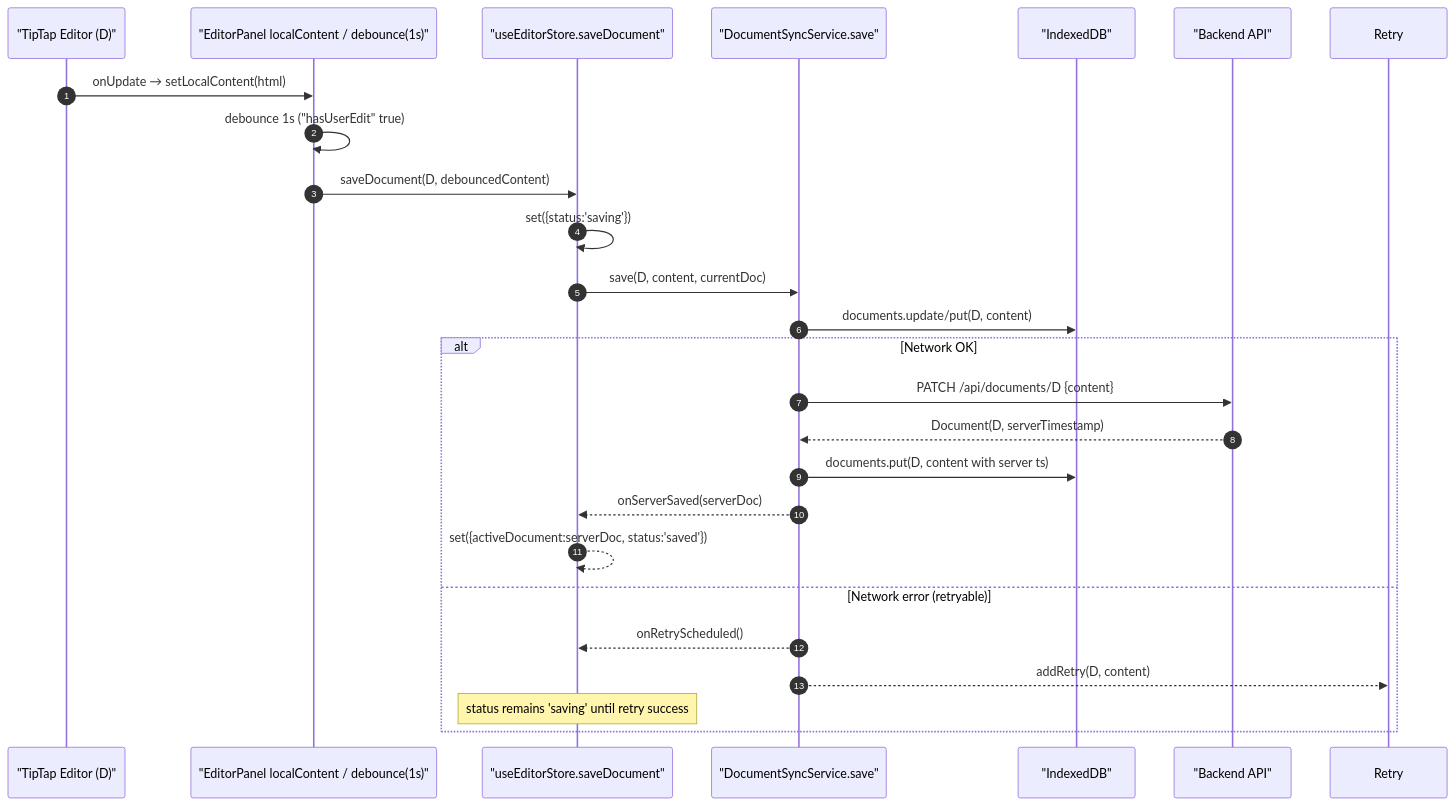
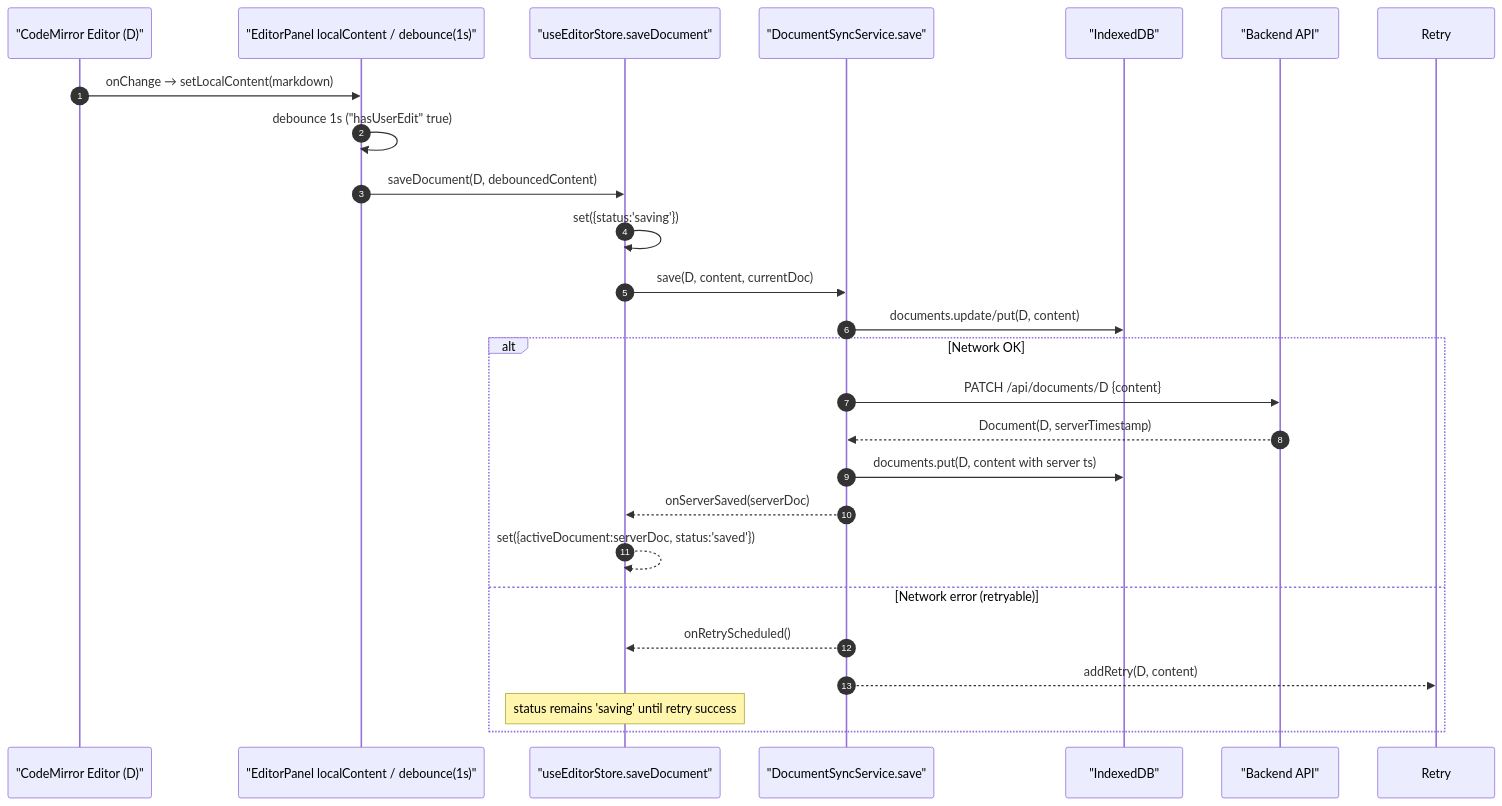
Before and after one commit to haowjy/meridian: the second of 5 diagrams in _docs/technical/frontend/editor-caching.md, drawn with Mermaid. The commit also changed other lines of this file and 18 other files, not shown here.

Commit message:
Update documentation to reflect CodeMirror integration

````diff
--- a/_docs/technical/frontend/editor-caching.md
+++ b/_docs/technical/frontend/editor-caching.md
@@ -82,28 +67,28 @@
 ```mermaid
 sequenceDiagram
     autonumber
-    participant Editor as "TipTap Editor (D)"
+    participant Editor as "CodeMirror Editor (D)"
     participant Panel as "EditorPanel localContent / debounce(1s)"
     participant Store as "useEditorStore.saveDocument"
     participant Service as "DocumentSyncService.save"
     participant IDB as "IndexedDB"
     participant API as "Backend API"
 
-    Editor->>Panel: onUpdate → setLocalContent(html)
+    Editor->>Panel: onChange → setLocalContent(markdown)
     Panel->>Panel: debounce 1s ("hasUserEdit" true)
     Panel->>Store: saveDocument(D, debouncedContent)
     Store->>Store: set({status:'saving'})
     Store->>Service: save(D, content, currentDoc)
     Service->>IDB: documents.update/put(D, content)
     alt Network OK
         Service->>API: PATCH /api/documents/D {content}
         API-->>Service: Document(D, serverTimestamp)
         Service->>IDB: documents.put(D, content with server ts)
         Service-->>Store: onServerSaved(serverDoc)
         Store-->>Store: set({activeDocument:serverDoc, status:'saved'})
     else Network error (retryable)
         Service-->>Store: onRetryScheduled()
         Service-->>Retry: addRetry(D, content)
         Note over Store: status remains 'saving' until retry success
     end
 ```
````
